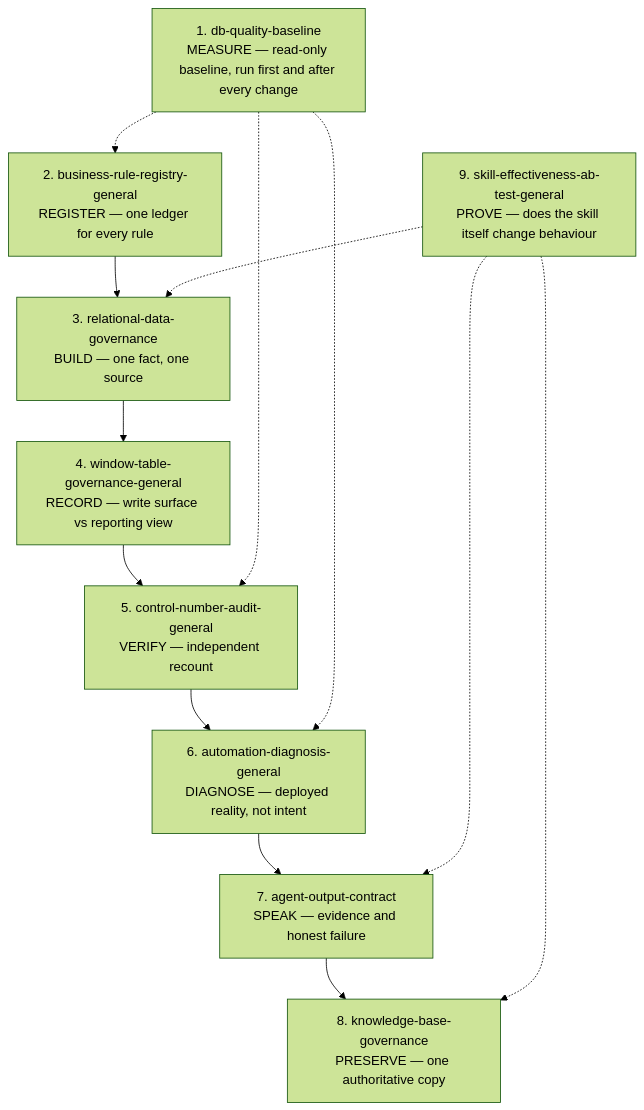
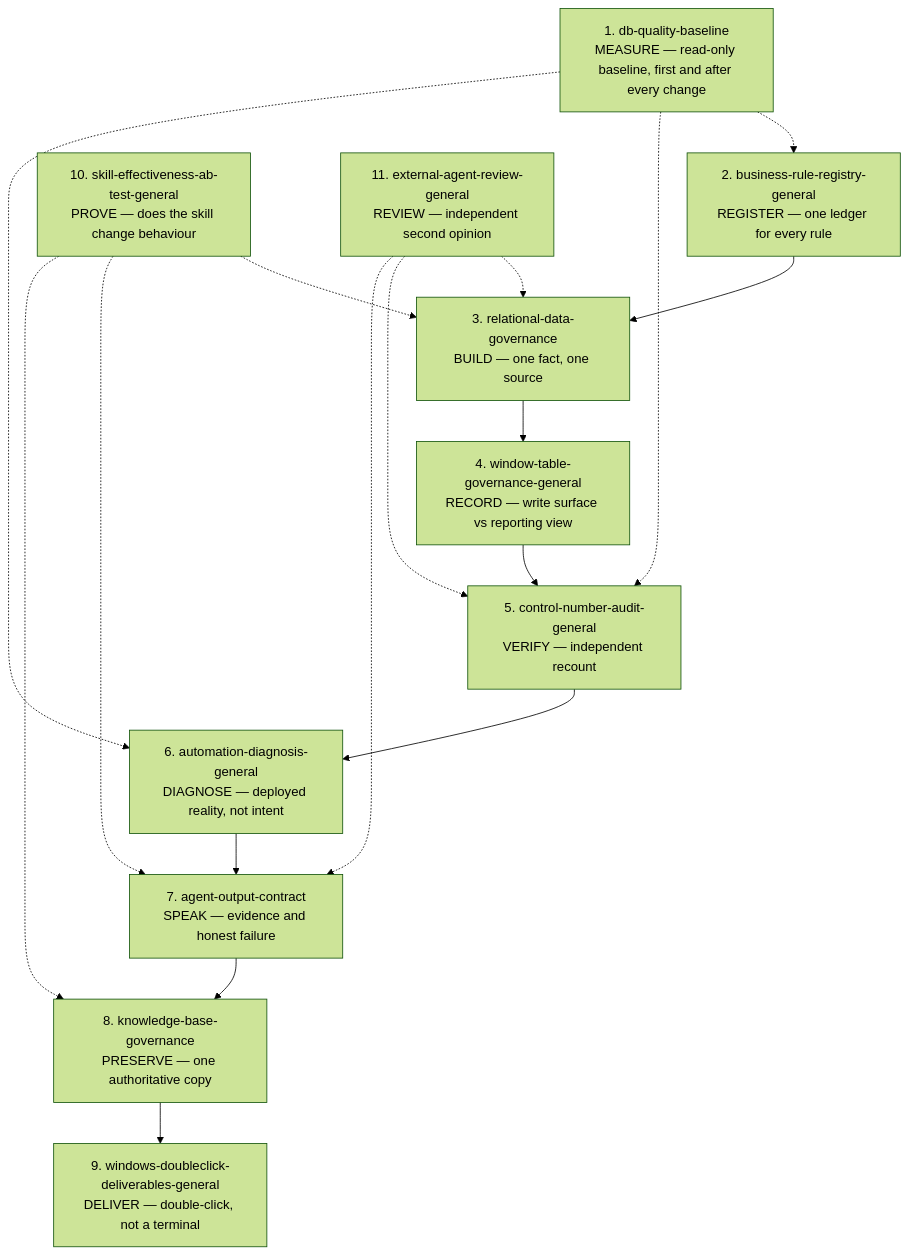
One commit to GG-yangliu/agent-governance-skills changed the first of 2 diagrams in README.md. Above: the diagram before and after it, drawn with Mermaid (forest theme). The commit also changed other lines of this file and 5 other files, not shown here.

First line of the commit message:
v7：新增 windows-doubleclick-deliverables-general 与 external-agent-review-general（九个→十一个）

````diff
--- a/README.md
+++ b/README.md
@@ -28,25 +30,31 @@
 ```mermaid
 flowchart TD
-    F["1. db-quality-baseline<br/>MEASURE — read-only baseline, run first and after every change"]
+    F["1. db-quality-baseline<br/>MEASURE — read-only baseline, first and after every change"]
     H["2. business-rule-registry-general<br/>REGISTER — one ledger for every rule"]
     A["3. relational-data-governance<br/>BUILD — one fact, one source"]
     B["4. window-table-governance-general<br/>RECORD — write surface vs reporting view"]
     C["5. control-number-audit-general<br/>VERIFY — independent recount"]
     I["6. automation-diagnosis-general<br/>DIAGNOSE — deployed reality, not intent"]
     D["7. agent-output-contract<br/>SPEAK — evidence and honest failure"]
     E["8. knowledge-base-governance<br/>PRESERVE — one authoritative copy"]
-    G["9. skill-effectiveness-ab-test-general<br/>PROVE — does the skill itself change behaviour"]
+    J["9. windows-doubleclick-deliverables-general<br/>DELIVER — double-click, not a terminal"]
+    G["10. skill-effectiveness-ab-test-general<br/>PROVE — does the skill change behaviour"]
+    K["11. external-agent-review-general<br/>REVIEW — independent second opinion"]
 
     H --> A
     A --> B
     B --> C
     C --> I
     I --> D
     D --> E
+    E --> J
     F -.-> H
     F -.-> C
     F -.-> I
     G -.-> A
     G -.-> D
     G -.-> E
+    K -.-> A
+    K -.-> C
+    K -.-> D
 ```
````
